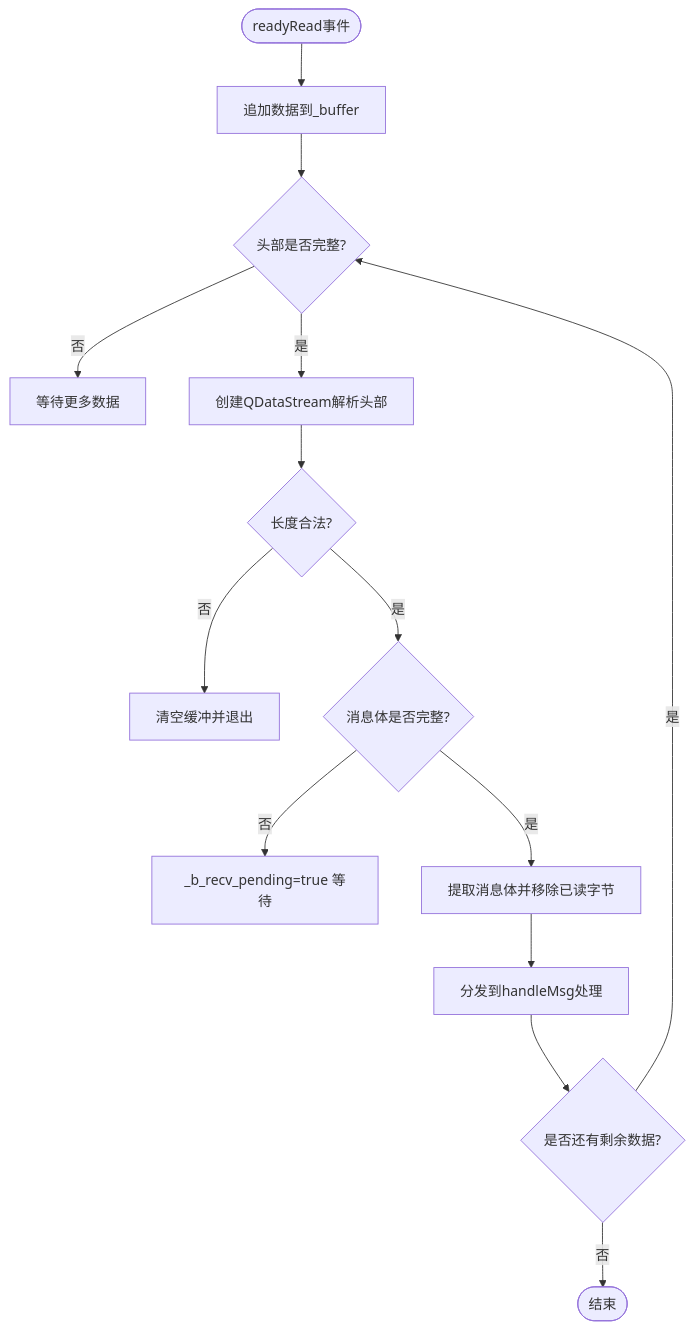
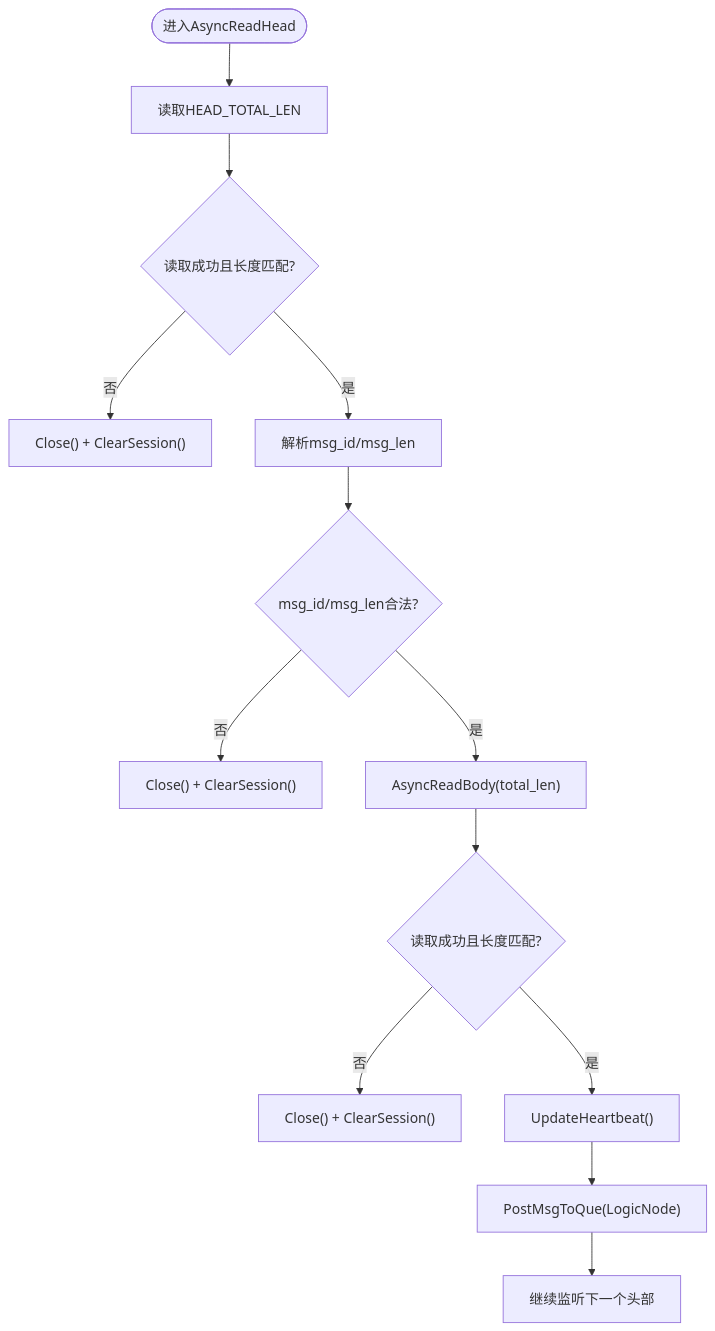
The third of 9 diagrams in .qoder/repowiki/zh/content/故障排查/故障排查.md (echo9923/mychatter), drawn with Mermaid before and after one commit. The commit also changed other lines of this file and 526 other files, not shown here.

````diff
--- a/.qoder/repowiki/zh/content/故障排查/故障排查.md
+++ b/.qoder/repowiki/zh/content/故障排查/故障排查.md
@@ -136,16 +137,15 @@
 ```mermaid
 flowchart TD
-Start(["readyRead事件"]) --> Append["追加数据到_buffer"]
-Append --> CheckHead{"头部是否完整?"}
-CheckHead -- 否 --> Wait["等待更多数据"]
-CheckHead -- 是 --> ParseHead["创建QDataStream解析头部"]
-ParseHead --> ValidateLen{"长度合法?"}
-ValidateLen -- 否 --> ClearBuf["清空缓冲并退出"]
-ValidateLen -- 是 --> CheckBody{"消息体是否完整?"}
-CheckBody -- 否 --> SetPending["_b_recv_pending=true 等待"]
-CheckBody -- 是 --> Extract["提取消息体并移除已读字节"]
-Extract --> Handle["分发到handleMsg处理"]
-Handle --> Loop{"是否还有剩余数据?"}
-Loop -- 是 --> CheckHead
-Loop -- 否 --> End(["结束"])
+Start(["进入AsyncReadHead"]) --> ReadHead["读取HEAD_TOTAL_LEN"]
+ReadHead --> HeadOK{"读取成功且长度匹配?"}
+HeadOK --> |否| CloseHead["Close() + ClearSession()"]
+HeadOK --> |是| ParseHead["解析msg_id/msg_len"]
+ParseHead --> Valid{"msg_id/msg_len合法?"}
+Valid --> |否| CloseInvalid["Close() + ClearSession()"]
+Valid --> |是| ReadBody["AsyncReadBody(total_len)"]
+ReadBody --> BodyOK{"读取成功且长度匹配?"}
+BodyOK --> |否| CloseBody["Close() + ClearSession()"]
+BodyOK --> |是| UpdateHB["UpdateHeartbeat()"]
+UpdateHB --> PostMsg["PostMsgToQue(LogicNode)"]
+PostMsg --> Next["继续监听下一个头部"]
 ```
````
